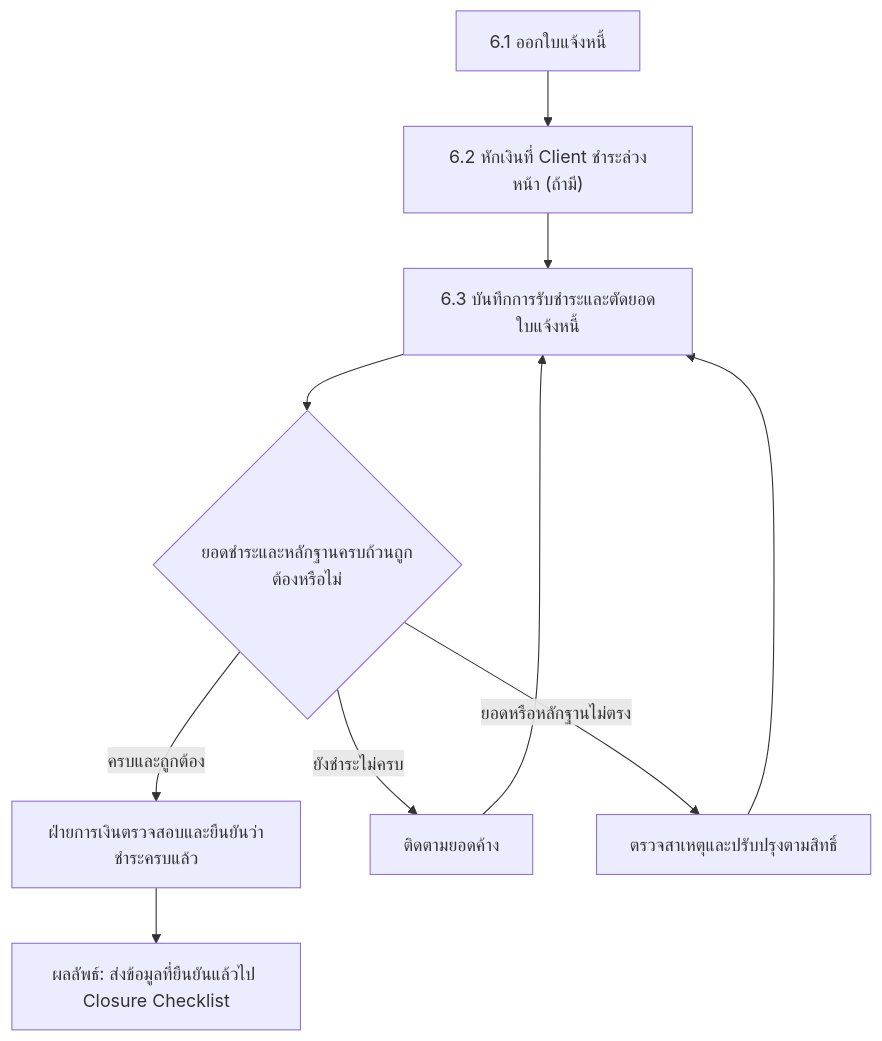
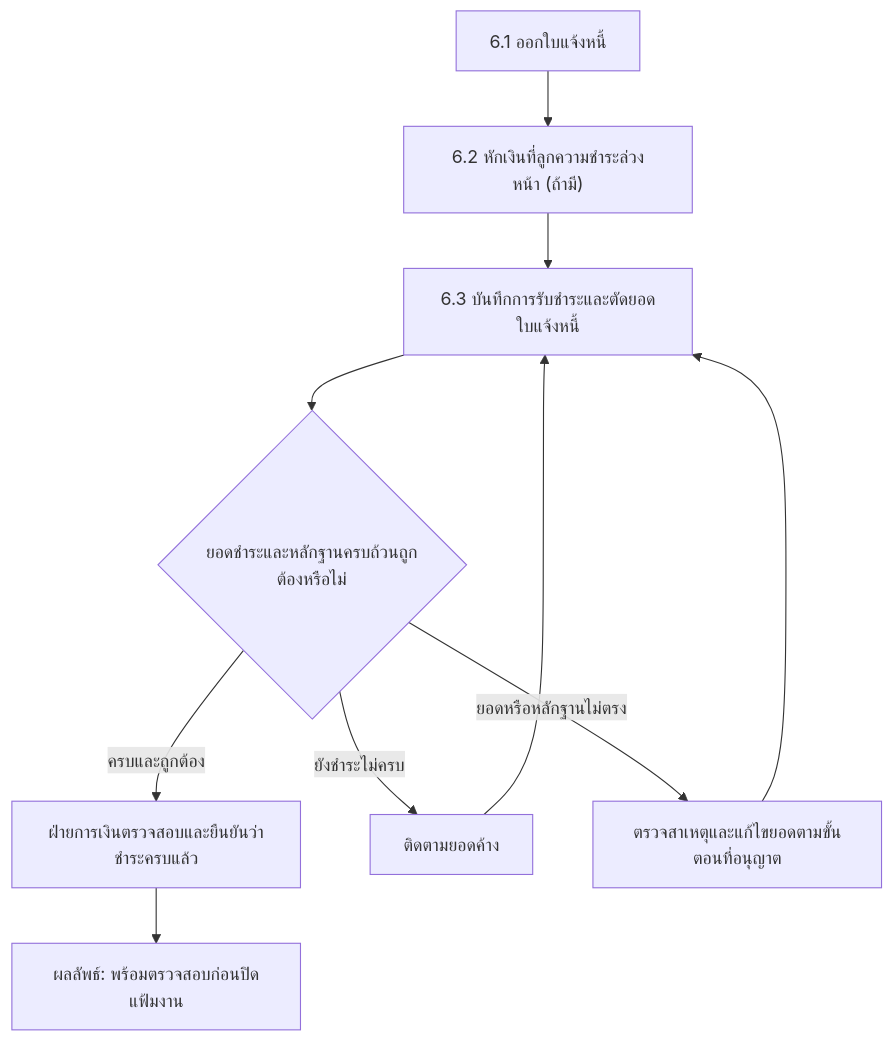
Before and after one commit to yukasung/legal_erp_docs: the sixth of 7 diagrams in docs/app/docs/workflow/page.mdx, drawn with Mermaid. The commit also changed other lines of this file, not shown here.

````diff
--- a/docs/app/docs/workflow/page.mdx
+++ b/docs/app/docs/workflow/page.mdx
@@ -150,12 +200,12 @@
 ```mermaid
 flowchart TD
-  A["6.1 ออกใบแจ้งหนี้"] --> B["6.2 หักเงินที่ Client ชำระล่วงหน้า (ถ้ามี)"]
+  A["6.1 ออกใบแจ้งหนี้"] --> B["6.2 หักเงินที่ลูกความชำระล่วงหน้า (ถ้ามี)"]
   B --> C["6.3 บันทึกการรับชำระและตัดยอดใบแจ้งหนี้"]
   C --> D{"ยอดชำระและหลักฐานครบถ้วนถูกต้องหรือไม่"}
   D -->|ครบและถูกต้อง| E["ฝ่ายการเงินตรวจสอบและยืนยันว่าชำระครบแล้ว"]
   D -->|ยังชำระไม่ครบ| F["ติดตามยอดค้าง"]
   F --> C
-  D -->|ยอดหรือหลักฐานไม่ตรง| G["ตรวจสาเหตุและปรับปรุงตามสิทธิ์"]
+  D -->|ยอดหรือหลักฐานไม่ตรง| G["ตรวจสาเหตุและแก้ไขยอดตามขั้นตอนที่อนุญาต"]
   G --> C
-  E --> R["ผลลัพธ์: ส่งข้อมูลที่ยืนยันแล้วไป Closure Checklist"]
+  E --> R["ผลลัพธ์: พร้อมตรวจสอบก่อนปิดแฟ้มงาน"]
 ```
````
